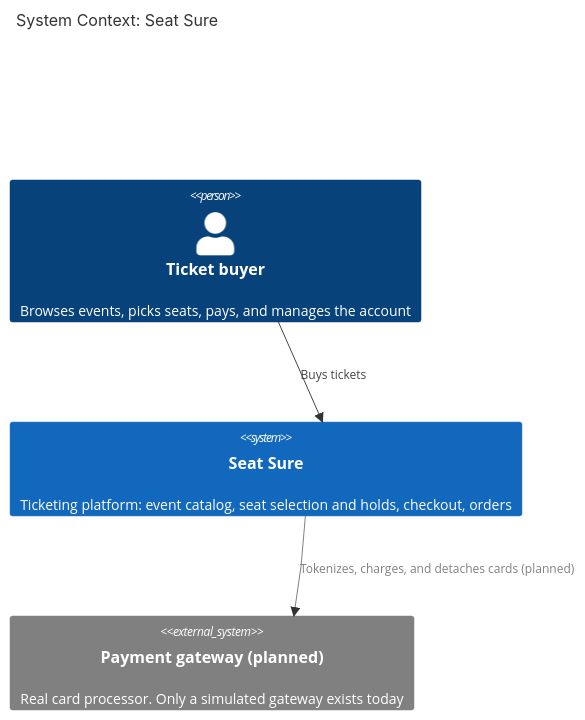
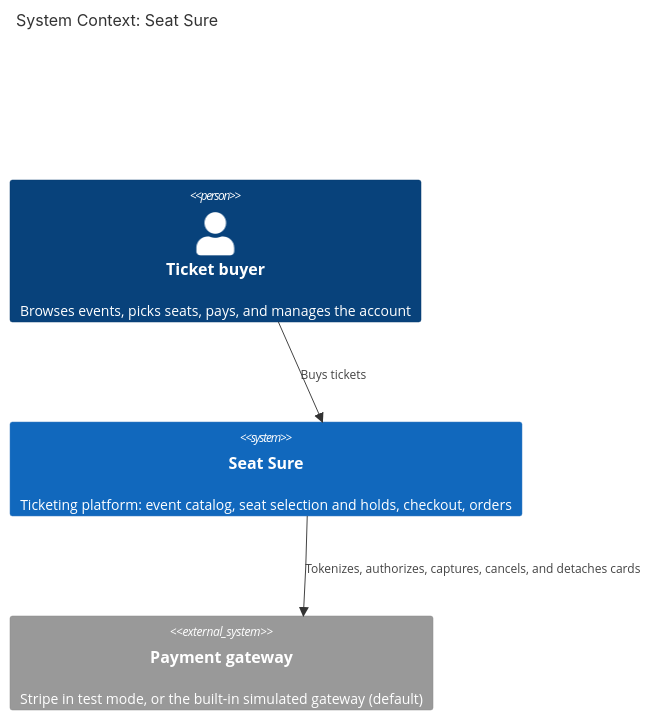
Before and after one commit to emanoelvso/seat-sure: the diagram in docs/architecture/c4/context.md, drawn with Mermaid. The commit also changed other lines of this file and 4 other files, not shown here.

Commit message:
docs: update the architecture docs for authorized, 3-D Secure payments

````diff
--- a/docs/architecture/c4/context.md
+++ b/docs/architecture/c4/context.md
@@ -5,14 +5,12 @@
 ```mermaid
 C4Context
   title System Context: Seat Sure
 
   Person(buyer, "Ticket buyer", "Browses events, picks seats, pays, and manages the account")
   System(seatSure, "Seat Sure", "Ticketing platform: event catalog, seat selection and holds, checkout, orders")
-  System_Ext(gateway, "Payment gateway (planned)", "Real card processor. Only a simulated gateway exists today", $tags="planned")
+  System_Ext(gateway, "Payment gateway", "Stripe in test mode, or the built-in simulated gateway (default)")
 
   Rel(buyer, seatSure, "Buys tickets")
-  Rel(seatSure, gateway, "Tokenizes, charges, and detaches cards (planned)", $tags="planned")
+  Rel(seatSure, gateway, "Tokenizes, authorizes, captures, cancels, and detaches cards")
 
-  UpdateElementStyle(gateway, $bgColor="grey", $borderColor="grey")
-  UpdateRelStyle(seatSure, gateway, $textColor="grey", $lineColor="grey")
 ```
````
